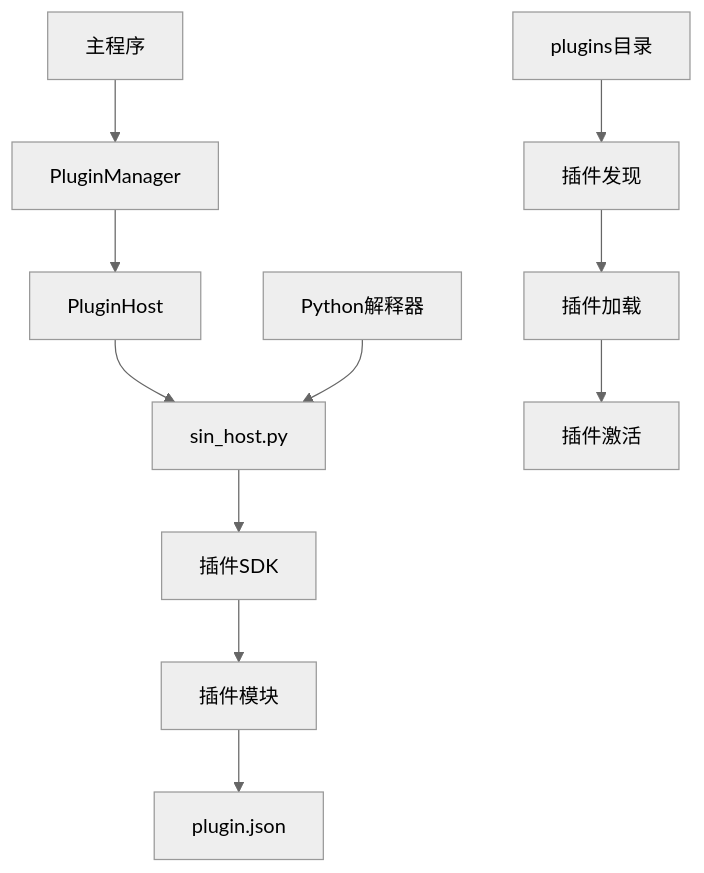
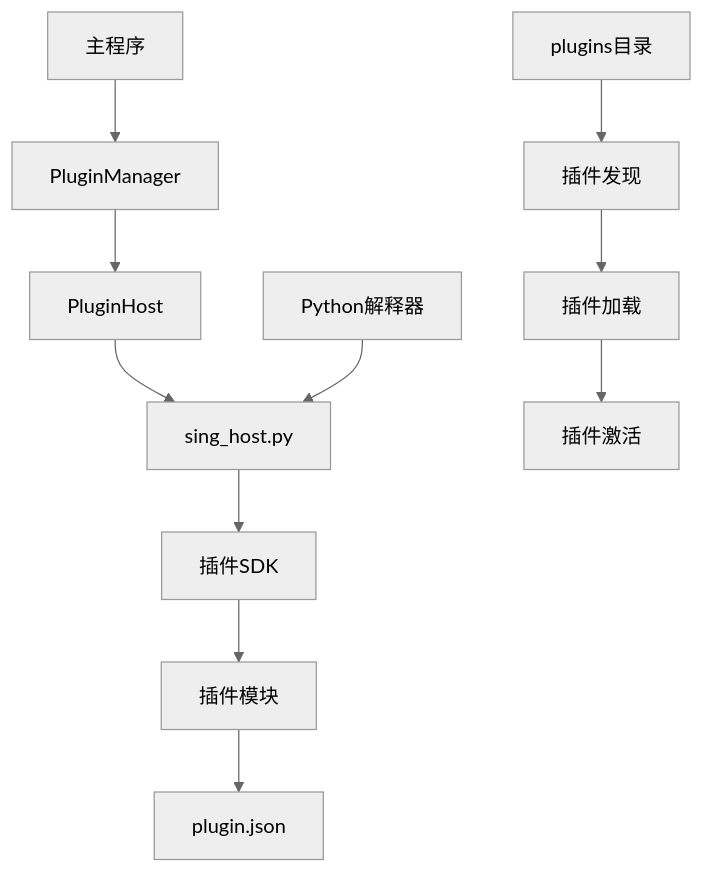
One commit to jakecai1225-design/OpenBus changed the first of 4 diagrams in .qoder/repowiki/zh/content/构建和部署/CMake构建配置.md. Above: the diagram before and after it, drawn with Mermaid (neutral theme). The commit also changed other lines of this file and 22 other files, not shown here.

Commit message:
trace graphic

````diff
--- a/.qoder/repowiki/zh/content/构建和部署/CMake构建配置.md
+++ b/.qoder/repowiki/zh/content/构建和部署/CMake构建配置.md
@@ -201,13 +201,13 @@
 ```mermaid
 graph TD
 A[主程序] --> B[PluginManager]
 B --> C[PluginHost]
-C --> D[sin_host.py]
+C --> D[sing_host.py]
 D --> E[插件SDK]
 E --> F[插件模块]
 F --> G[plugin.json]
 H[Python解释器] --> D
 I[plugins目录] --> J[插件发现]
 J --> K[插件加载]
 K --> L[插件激活]
 ```
````
